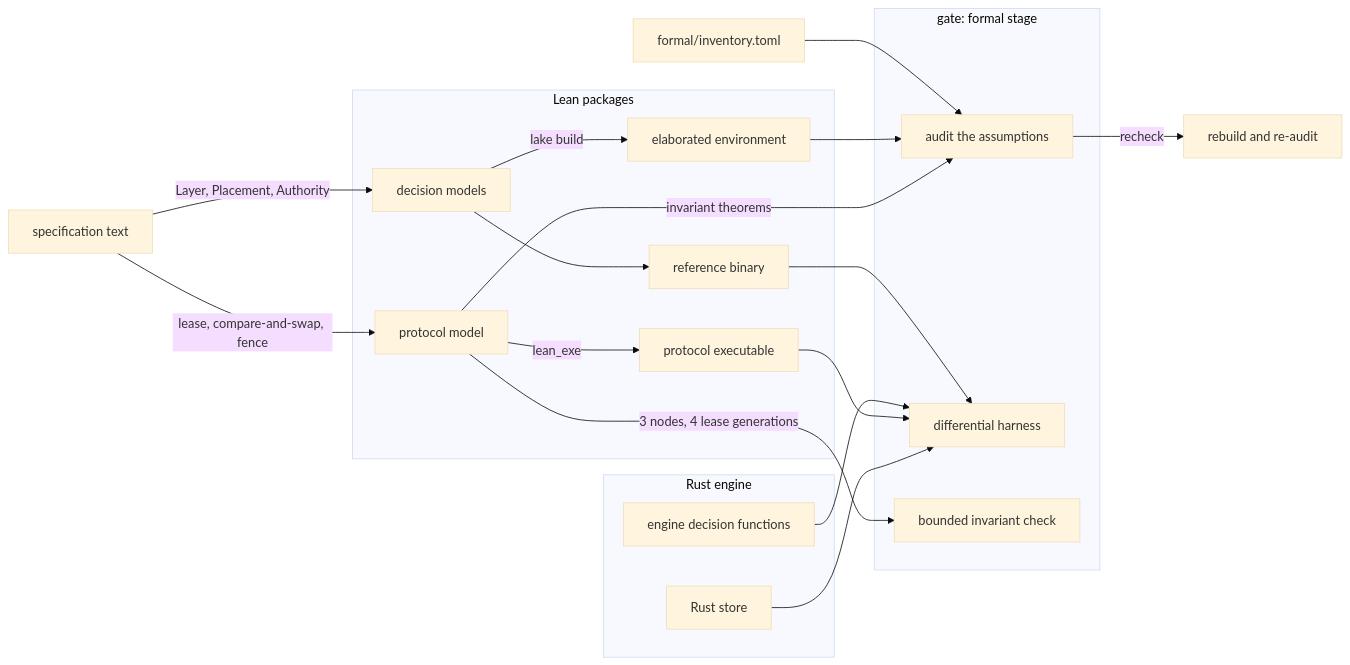
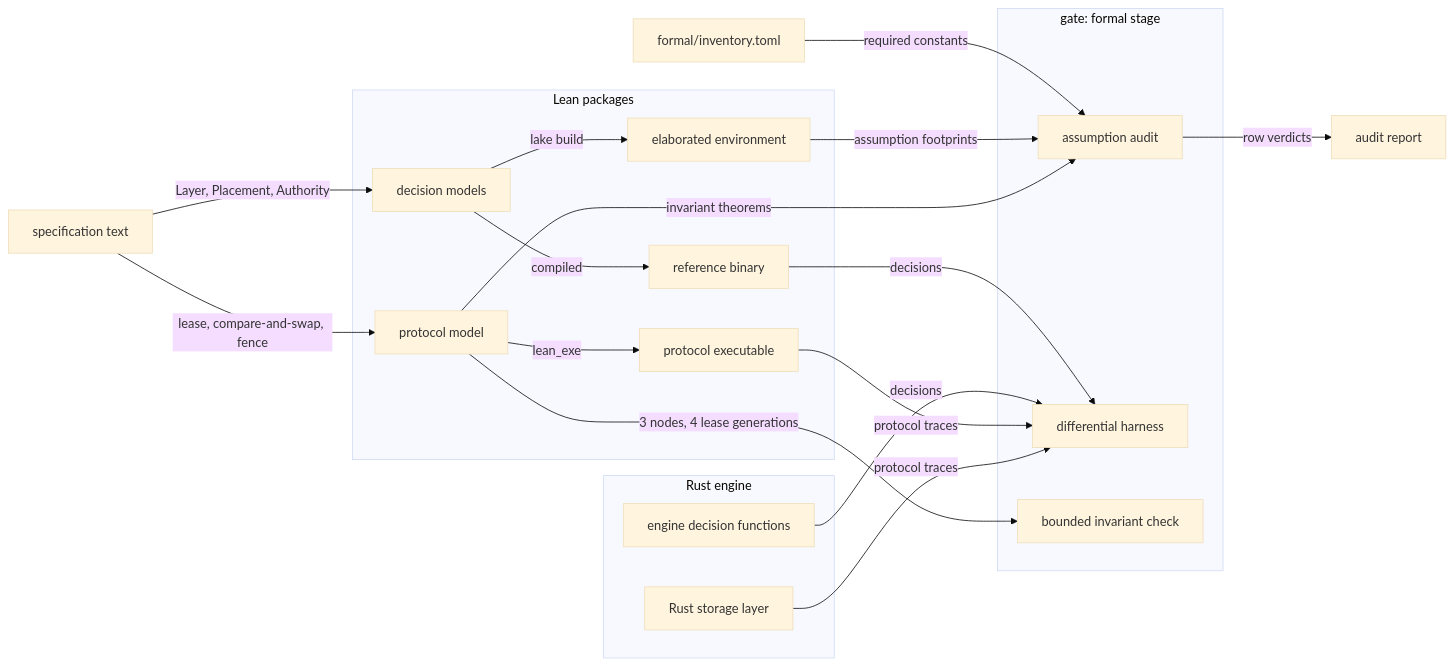
One commit to fractalboxdev/contextful changed the first of 3 diagrams in spec/80-formal.md. Above: the diagram before and after it, drawn with Mermaid (base theme). The commit also changed other lines of this file and 31 other files, not shown here.

First line of the commit message:
spec: every diagram draws things as nodes and what flows as labelled edges

````diff
--- a/spec/80-formal.md
+++ b/spec/80-formal.md
@@ -22,35 +22,36 @@
 ```mermaid
 flowchart LR
   SPEC["specification text"]
   INV["formal/inventory.toml"]
   subgraph lean["Lean packages"]
     LEAN["decision models"]
     PROT["protocol model"]
     ENV["elaborated environment"]
     REF["reference binary"]
     PEXE["protocol executable"]
   end
   subgraph engine["Rust engine"]
     ENG["engine decision functions"]
-    RUST["Rust store"]
+    RUST["Rust storage layer"]
   end
   subgraph gate["gate: formal stage"]
-    AUD["audit the assumptions"]
+    AUD["assumption audit"]
     DIFF["differential harness"]
     MC["bounded invariant check"]
   end
-  SPEC -- "Layer, Placement, Authority" --> LEAN
-  SPEC -- "lease, compare-and-swap, fence" --> PROT
-  LEAN -- "lake build" --> ENV
-  INV --> AUD
-  ENV --> AUD
-  AUD -- "recheck" --> REC["rebuild and re-audit"]
-  LEAN --> REF
-  REF --> DIFF
-  ENG --> DIFF
-  PROT -- "3 nodes, 4 lease generations" --> MC
-  PROT -- "invariant theorems" --> AUD
-  PROT -- "lean_exe" --> PEXE
-  PEXE --> DIFF
-  RUST --> DIFF
+  REPORT["audit report"]
+  SPEC -->|"Layer, Placement, Authority"| LEAN
+  SPEC -->|"lease, compare-and-swap, fence"| PROT
+  LEAN -->|"lake build"| ENV
+  INV -->|"required constants"| AUD
+  ENV -->|"assumption footprints"| AUD
+  AUD -->|"row verdicts"| REPORT
+  LEAN -->|"compiled"| REF
+  REF -->|"decisions"| DIFF
+  ENG -->|"decisions"| DIFF
+  PROT -->|"3 nodes, 4 lease generations"| MC
+  PROT -->|"invariant theorems"| AUD
+  PROT -->|"lean_exe"| PEXE
+  PEXE -->|"protocol traces"| DIFF
+  RUST -->|"protocol traces"| DIFF
 ```
````
